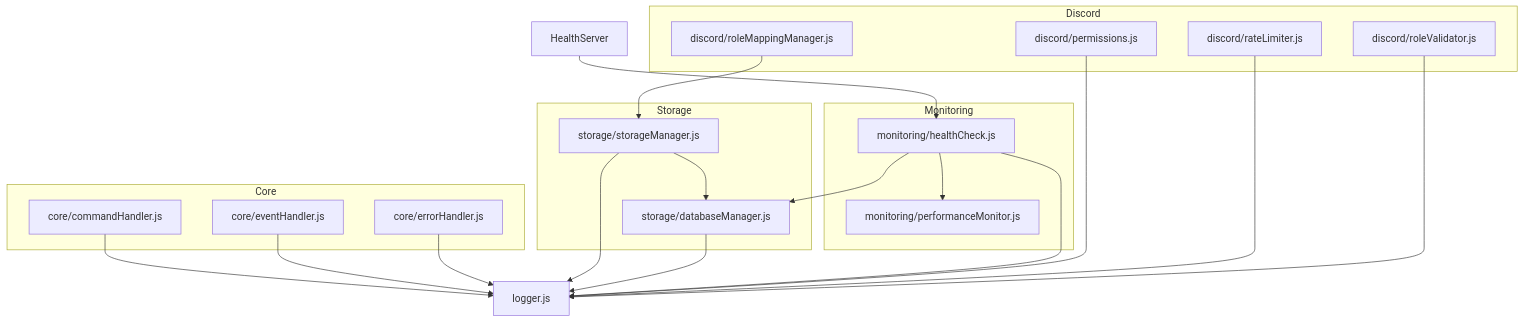
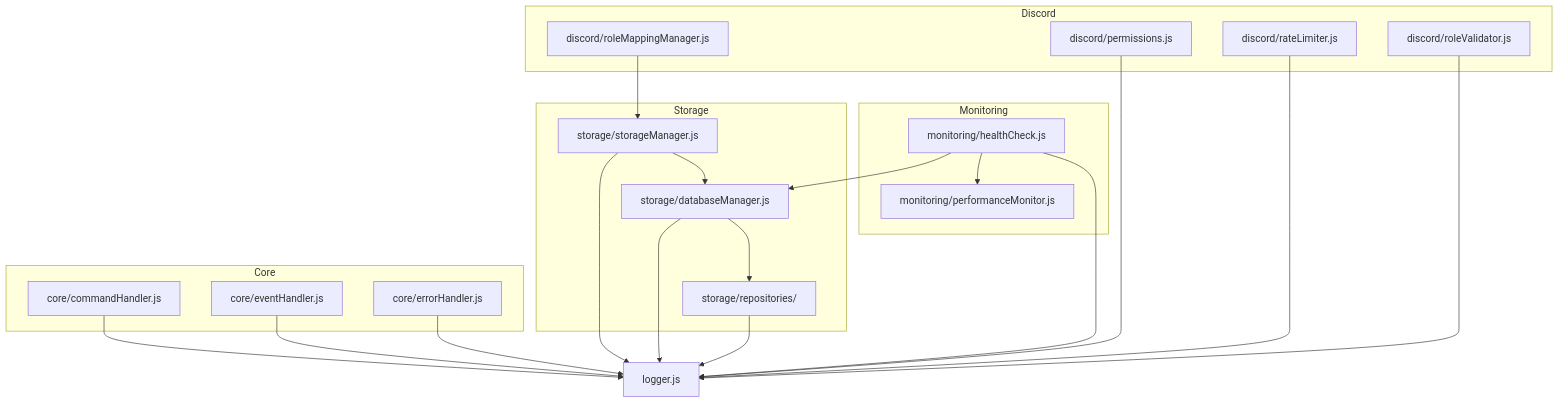
The diagram in src/utils/README.md (qodinger/role-reactor-bot), drawn with Mermaid before and after one commit. The commit also changed other lines of this file and 26 other files, not shown here.

````diff
--- a/src/utils/README.md
+++ b/src/utils/README.md
@@ -71,48 +153,50 @@
 ```mermaid
 graph TD
     subgraph Core
         CommandHandler[core/commandHandler.js]
         EventHandler[core/eventHandler.js]
         ErrorHandler[core/errorHandler.js]
     end
 
     subgraph Storage
         StorageManager[storage/storageManager.js]
         DatabaseManager[storage/databaseManager.js]
+        Repositories[storage/repositories/]
     end
 
     subgraph Monitoring
         HealthCheck[monitoring/healthCheck.js]
         PerformanceMonitor[monitoring/performanceMonitor.js]
     end
 
     subgraph Discord
         Permissions[discord/permissions.js]
         RateLimiter[discord/rateLimiter.js]
         RoleMappingManager[discord/roleMappingManager.js]
         RoleValidator[discord/roleValidator.js]
     end
 
     Logger[logger.js]
 
     %% Dependencies
     CommandHandler --> Logger
     EventHandler --> Logger
     ErrorHandler --> Logger
 
     StorageManager --> DatabaseManager
     StorageManager --> Logger
+    DatabaseManager --> Repositories
     DatabaseManager --> Logger
+    Repositories --> Logger
 
     HealthCheck --> Logger
     HealthCheck --> PerformanceMonitor
     HealthCheck --> DatabaseManager
-    HealthServer --> HealthCheck
 
     RoleMappingManager --> StorageManager
 
     %% Top-level commands and events will use these utils
     Permissions --> Logger
     RateLimiter --> Logger
     RoleValidator --> Logger
 ```
````
